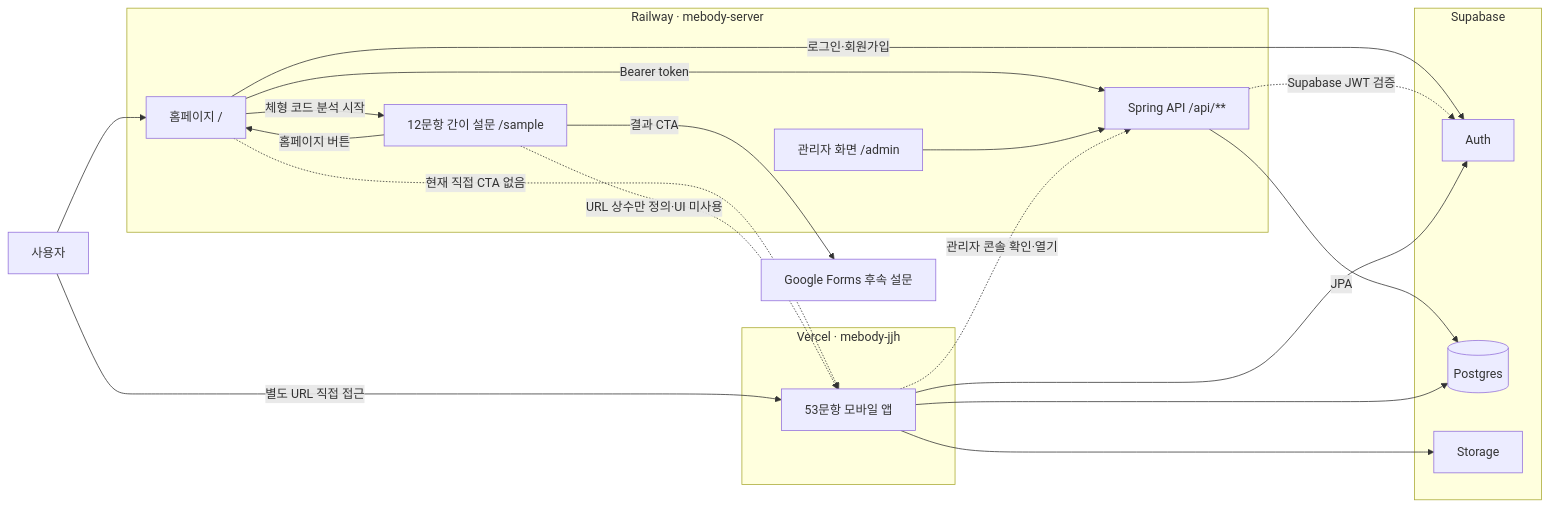
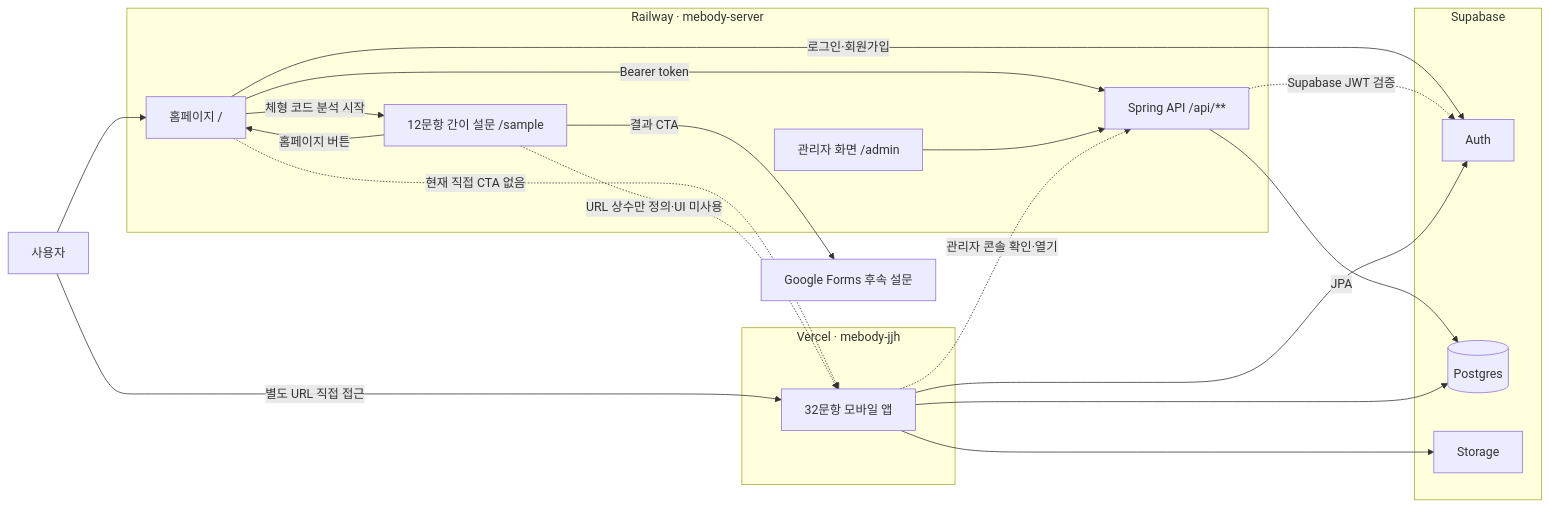
Before and after one commit to chldngur89/mebody-jjh: the diagram in README.md, drawn with Mermaid. The commit also changed other lines of this file and 52 other files, not shown here.

````diff
--- a/README.md
+++ b/README.md
@@ -91,42 +91,42 @@
 ```mermaid
 flowchart LR
     USER[사용자]
     FORM[Google Forms 후속 설문]
 
     subgraph RAILWAY[Railway · mebody-server]
         HOME[홈페이지 /]
         SAMPLE[12문항 간이 설문 /sample]
         ADMIN[관리자 화면 /admin]
         API[Spring API /api/**]
     end
 
     subgraph VERCEL[Vercel · mebody-jjh]
-        APP[53문항 모바일 앱]
+        APP[32문항 모바일 앱]
     end
 
     subgraph SUPABASE[Supabase]
         AUTH[Auth]
         DB[(Postgres)]
         STORAGE[Storage]
     end
 
     USER --> HOME
     HOME -->|체형 코드 분석 시작| SAMPLE
     SAMPLE -->|결과 CTA| FORM
     SAMPLE -->|홈페이지 버튼| HOME
     USER -->|별도 URL 직접 접근| APP
 
     HOME -->|로그인·회원가입| AUTH
     HOME -->|Bearer token| API
     ADMIN --> API
     API -->|JPA| DB
     API -.->|Supabase JWT 검증| AUTH
 
     APP --> AUTH
     APP --> DB
     APP --> STORAGE
     APP -.->|관리자 콘솔 확인·열기| API
 
     HOME -.->|현재 직접 CTA 없음| APP
     SAMPLE -.->|URL 상수만 정의·UI 미사용| APP
 ```
````
